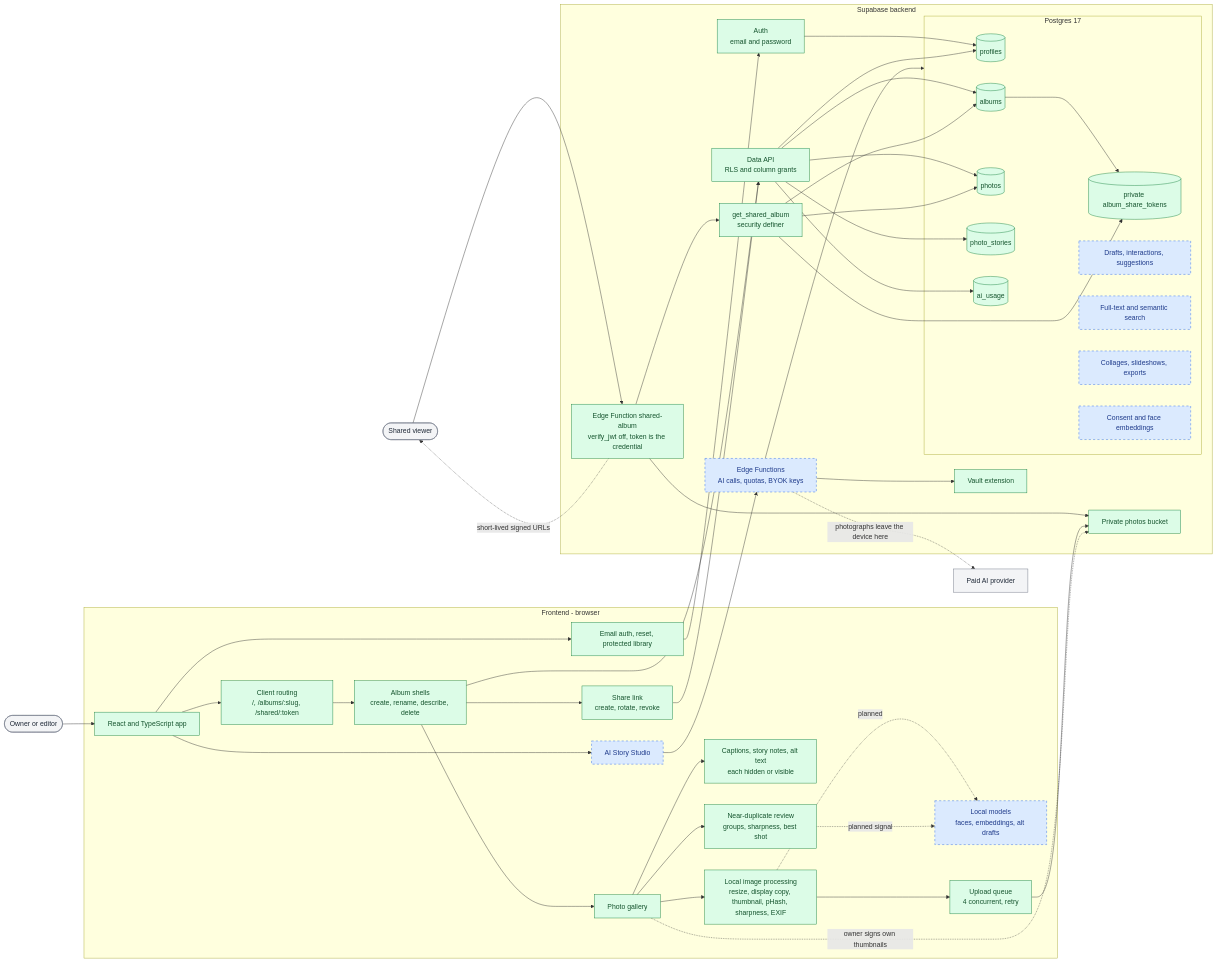
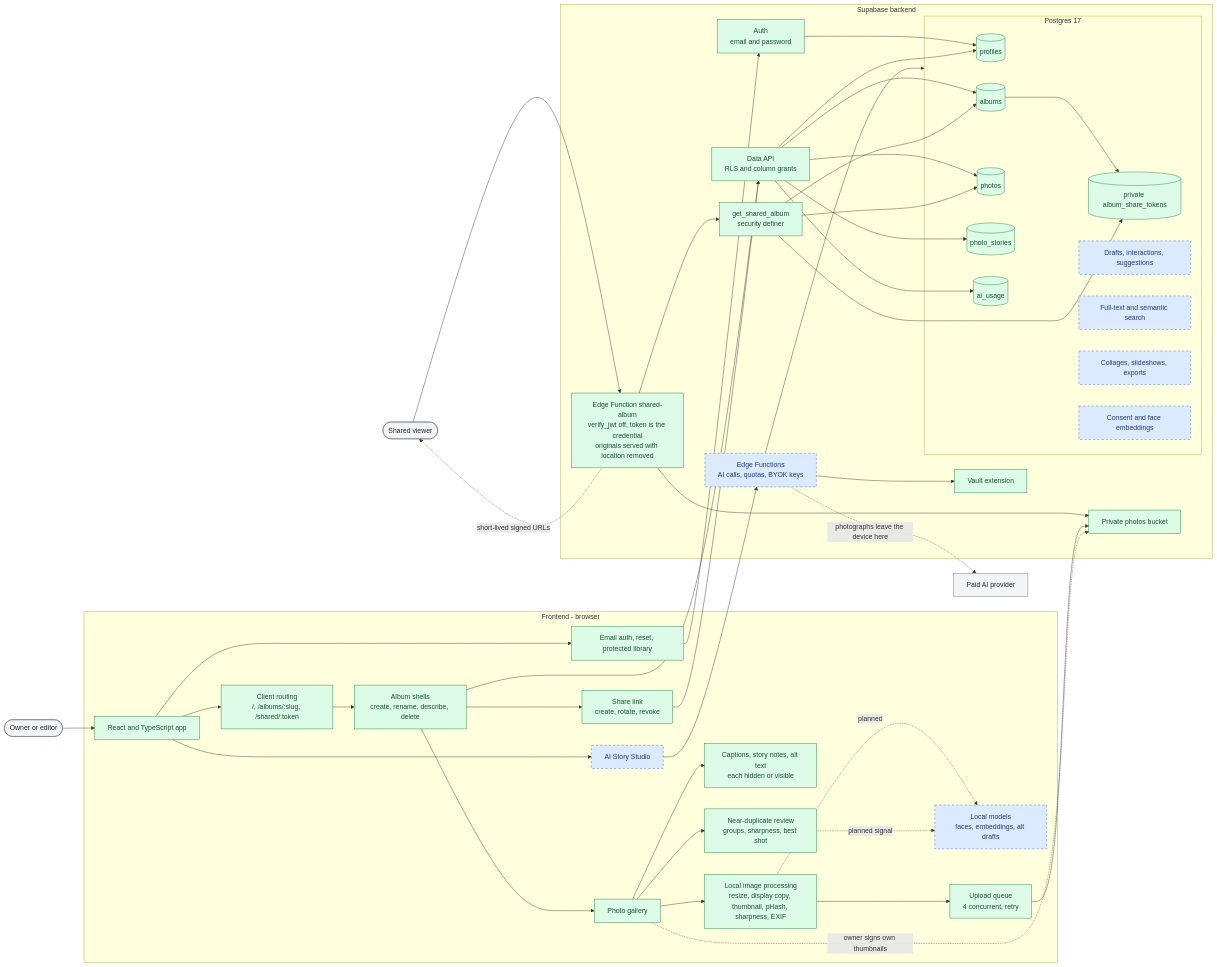
The first of 3 diagrams in docs/project-structure.md (Elizabeth1979/albums-studio), drawn with Mermaid before and after one commit. The commit also changed 12 other files, not shown here.

````diff
--- a/docs/project-structure.md
+++ b/docs/project-structure.md
@@ -45,79 +45,79 @@
 ```mermaid
 flowchart LR
     User([Owner or editor]):::external
     Viewer([Shared viewer]):::external
     Provider[Paid AI provider]:::external
 
     subgraph Frontend["Frontend - browser"]
         App["React and TypeScript app"]:::current
         AuthUI["Email auth, reset, protected library"]:::current
         Router["Client routing<br/>/, /albums/:slug, /shared/:token"]:::current
         AlbumUI["Album shells<br/>create, rename, describe, delete"]:::current
         PhotoUI["Photo gallery"]:::current
         TextUI["Captions, story notes, alt text<br/>each hidden or visible"]:::current
         ShareUI["Share link<br/>create, rotate, revoke"]:::current
         Curation["Near-duplicate review<br/>groups, sharpness, best shot"]:::current
         Studio["AI Story Studio"]:::planned
         Local["Local image processing<br/>resize, display copy, thumbnail, pHash, sharpness, EXIF"]:::current
         LocalModel["Local models<br/>faces, embeddings, alt drafts"]:::planned
         Upload["Upload queue<br/>4 concurrent, retry"]:::current
 
         App --> AuthUI
         App --> Router --> AlbumUI
         AlbumUI --> PhotoUI --> TextUI
         AlbumUI --> ShareUI
         PhotoUI --> Curation
         App --> Studio
         PhotoUI --> Local --> Upload
         Local -. "planned" .-> LocalModel
         Curation -. "planned signal" .-> LocalModel
     end
 
     subgraph Supabase["Supabase backend"]
         Auth["Auth<br/>email and password"]:::current
         DataAPI["Data API<br/>RLS and column grants"]:::current
         RPC["get_shared_album<br/>security definer"]:::current
         Storage["Private photos bucket"]:::current
         Vault["Vault extension"]:::current
 
         subgraph Database["Postgres 17"]
             Profiles[(profiles)]:::current
             Albums[(albums)]:::current
             Photos[(photos)]:::current
             Stories[(photo_stories)]:::current
             Usage[(ai_usage)]:::current
             Tokens[(private album_share_tokens)]:::current
             AISchema["Drafts, interactions, suggestions"]:::planned
             SearchSchema["Full-text and semantic search"]:::planned
             OutputSchema["Collages, slideshows, exports"]:::planned
             FaceSchema["Consent and face embeddings"]:::planned
         end
 
-        EdgeShare["Edge Function shared-album<br/>verify_jwt off, token is the credential"]:::current
+        EdgeShare["Edge Function shared-album<br/>verify_jwt off, token is the credential<br/>originals served with location removed"]:::current
         EdgeAI["Edge Functions<br/>AI calls, quotas, BYOK keys"]:::planned
 
         Auth --> Profiles
         DataAPI --> Albums & Photos & Stories & Profiles & Usage
         Albums --> Tokens
         RPC --> Albums & Photos & Tokens
         EdgeShare --> RPC
         EdgeShare --> Storage
         EdgeAI --> Database
         EdgeAI --> Vault
     end
 
     User --> App
     AuthUI --> Auth
     AlbumUI --> DataAPI
     ShareUI --> DataAPI
     Upload --> Storage
     PhotoUI -. "owner signs own thumbnails" .-> Storage
     Studio --> EdgeAI
     EdgeAI -. "photographs leave the device here" .-> Provider
     Viewer --> EdgeShare
     EdgeShare -. "short-lived signed URLs" .-> Viewer
 
     classDef current fill:#dcfce7,stroke:#15803d,color:#14532d
     classDef planned fill:#dbeafe,stroke:#2563eb,color:#1e3a8a,stroke-dasharray:5 5
     classDef external fill:#f3f4f6,stroke:#6b7280,color:#1f2937
 ```
````
